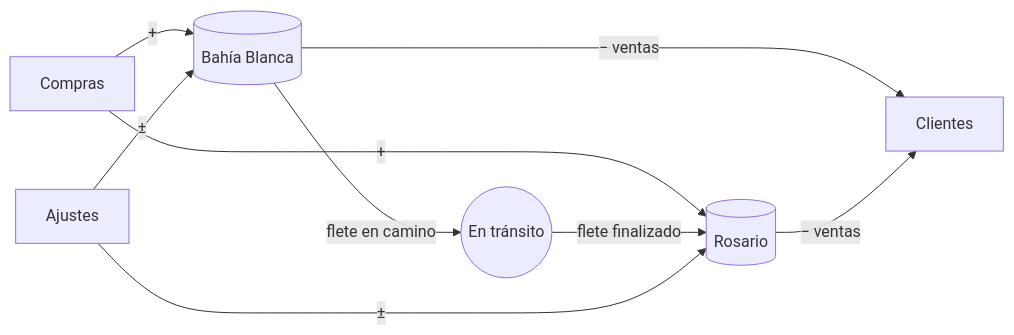
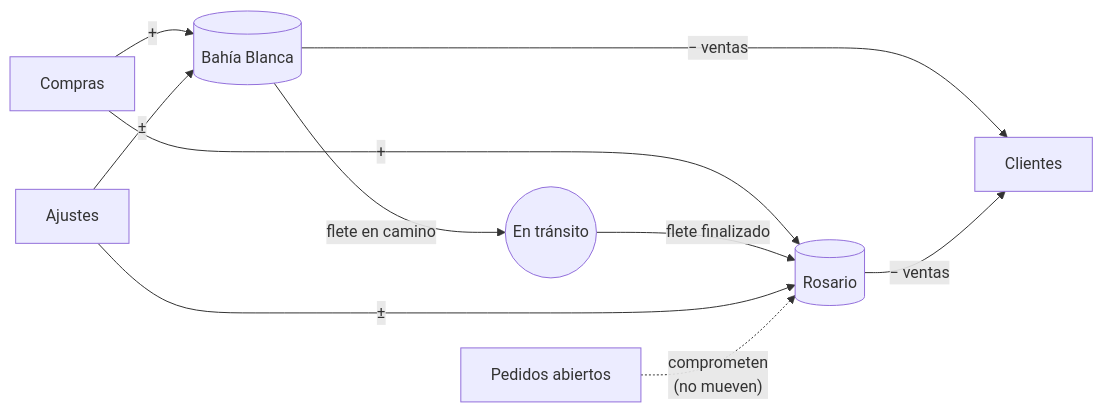
The ninth of 9 diagrams in spec/modelo-de-datos.md (magalipujol/ERPeq), drawn with Mermaid before and after one commit. The commit also changed other lines of this file and 30 other files, not shown here.

````diff
--- a/spec/modelo-de-datos.md
+++ b/spec/modelo-de-datos.md
@@ -323,11 +538,12 @@
 ```mermaid
 flowchart LR
     CO[Compras] -- "+" --> D1[(Bahía Blanca)]
     CO -- "+" --> D2[(Rosario)]
     D1 -- "flete en camino" --> T((En tránsito))
     T -- "flete finalizado" --> D2
     D1 -- "− ventas" --> CL[Clientes]
     D2 -- "− ventas" --> CL
     AJ[Ajustes] -- "±" --> D1
     AJ -- "±" --> D2
+    PE[Pedidos abiertos] -. "comprometen<br/>(no mueven)" .-> D2
 ```
````
